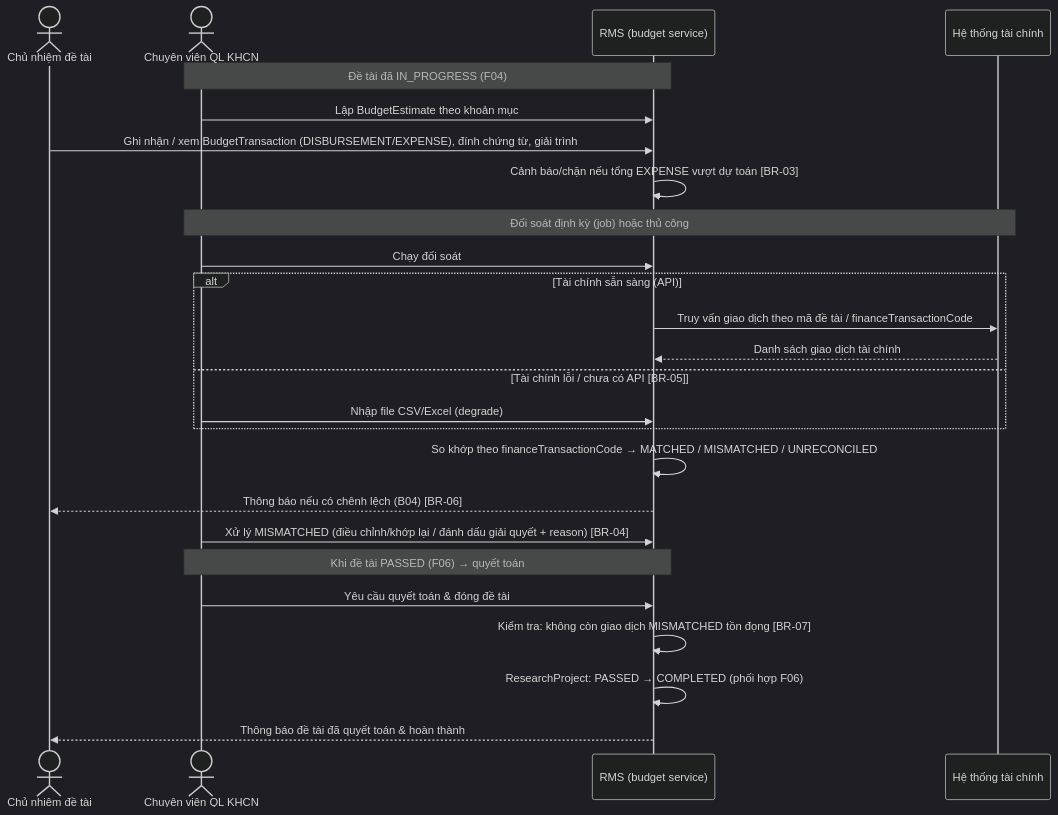
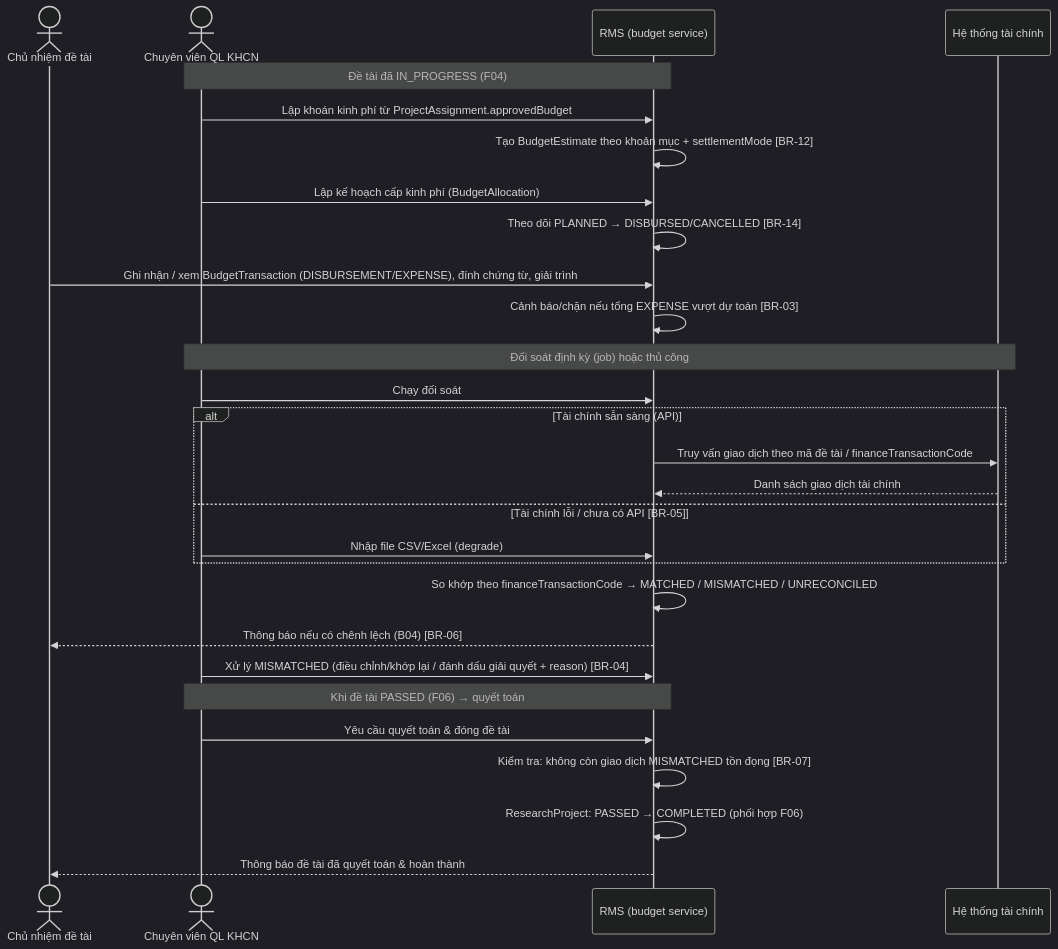
One commit to PTZero2026/rms-docs changed the first of 3 diagrams in docs/features/F05-quan-ly-kinh-phi/spec.md. Above: the diagram before and after it, drawn with Mermaid (dark theme). The commit also changed other lines of this file and 12 other files, not shown here.

````diff
--- a/docs/features/F05-quan-ly-kinh-phi/spec.md
+++ b/docs/features/F05-quan-ly-kinh-phi/spec.md
@@ -63,30 +71,33 @@
 ```mermaid
 sequenceDiagram
     actor CN as Chủ nhiệm đề tài
     actor CV as Chuyên viên QL KHCN
     participant SYS as RMS (budget service)
     participant FIN as Hệ thống tài chính
 
     Note over CV,SYS: Đề tài đã IN_PROGRESS (F04)
-    CV->>SYS: Lập BudgetEstimate theo khoản mục
+    CV->>SYS: Lập khoán kinh phí từ ProjectAssignment.approvedBudget
+    SYS->>SYS: Tạo BudgetEstimate theo khoản mục + settlementMode [BR-12]
+    CV->>SYS: Lập kế hoạch cấp kinh phí (BudgetAllocation)
+    SYS->>SYS: Theo dõi PLANNED → DISBURSED/CANCELLED [BR-14]
     CN->>SYS: Ghi nhận / xem BudgetTransaction (DISBURSEMENT/EXPENSE), đính chứng từ, giải trình
     SYS->>SYS: Cảnh báo/chặn nếu tổng EXPENSE vượt dự toán [BR-03]
 
     Note over CV,FIN: Đối soát định kỳ (job) hoặc thủ công
     CV->>SYS: Chạy đối soát
     alt Tài chính sẵn sàng (API)
         SYS->>FIN: Truy vấn giao dịch theo mã đề tài / financeTransactionCode
         FIN-->>SYS: Danh sách giao dịch tài chính
     else Tài chính lỗi / chưa có API [BR-05]
         CV->>SYS: Nhập file CSV/Excel (degrade)
     end
     SYS->>SYS: So khớp theo financeTransactionCode → MATCHED / MISMATCHED / UNRECONCILED
     SYS-->>CN: Thông báo nếu có chênh lệch (B04) [BR-06]
     CV->>SYS: Xử lý MISMATCHED (điều chỉnh/khớp lại / đánh dấu giải quyết + reason) [BR-04]
 
     Note over CV,SYS: Khi đề tài PASSED (F06) → quyết toán
     CV->>SYS: Yêu cầu quyết toán & đóng đề tài
     SYS->>SYS: Kiểm tra: không còn giao dịch MISMATCHED tồn đọng [BR-07]
     SYS->>SYS: ResearchProject: PASSED → COMPLETED (phối hợp F06)
     SYS-->>CN: Thông báo đề tài đã quyết toán & hoàn thành
 ```
````
